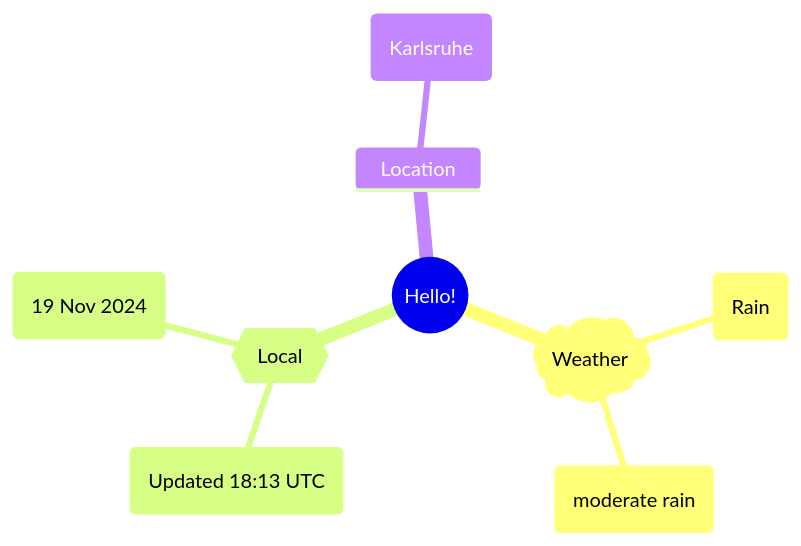
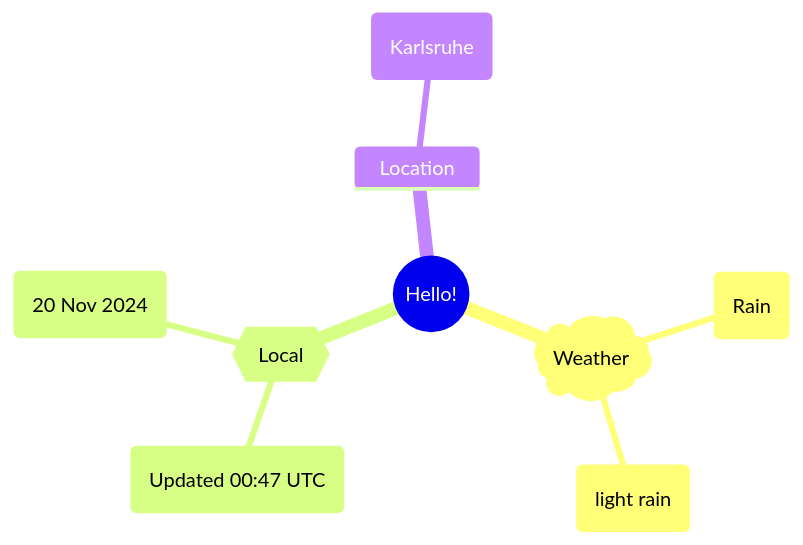
Before and after one commit to Xosrov/Xosrov: the first of 2 diagrams in README.md, drawn with Mermaid.

Commit message:
[bot] updated images

````diff
--- a/README.md
+++ b/README.md
@@ -3,12 +3,12 @@
 ```mermaid
 mindmap
   root((Hello!))
     )Weather(
         (Rain)
-        (moderate rain)
+        (light rain)
     {{Local}}
-        (Updated 18:13 UTC)
-        (19 Nov 2024)
+        (Updated 00:47 UTC)
+        (20 Nov 2024)
     Location
         (Karlsruhe)
 ```
````
